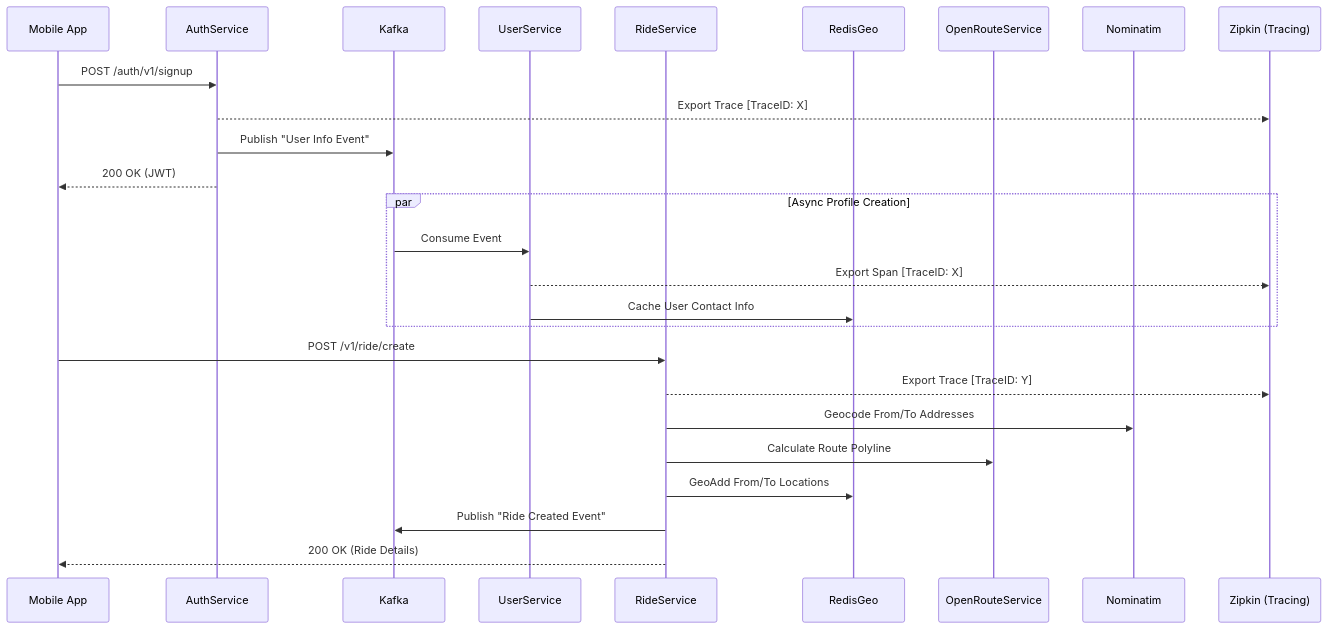
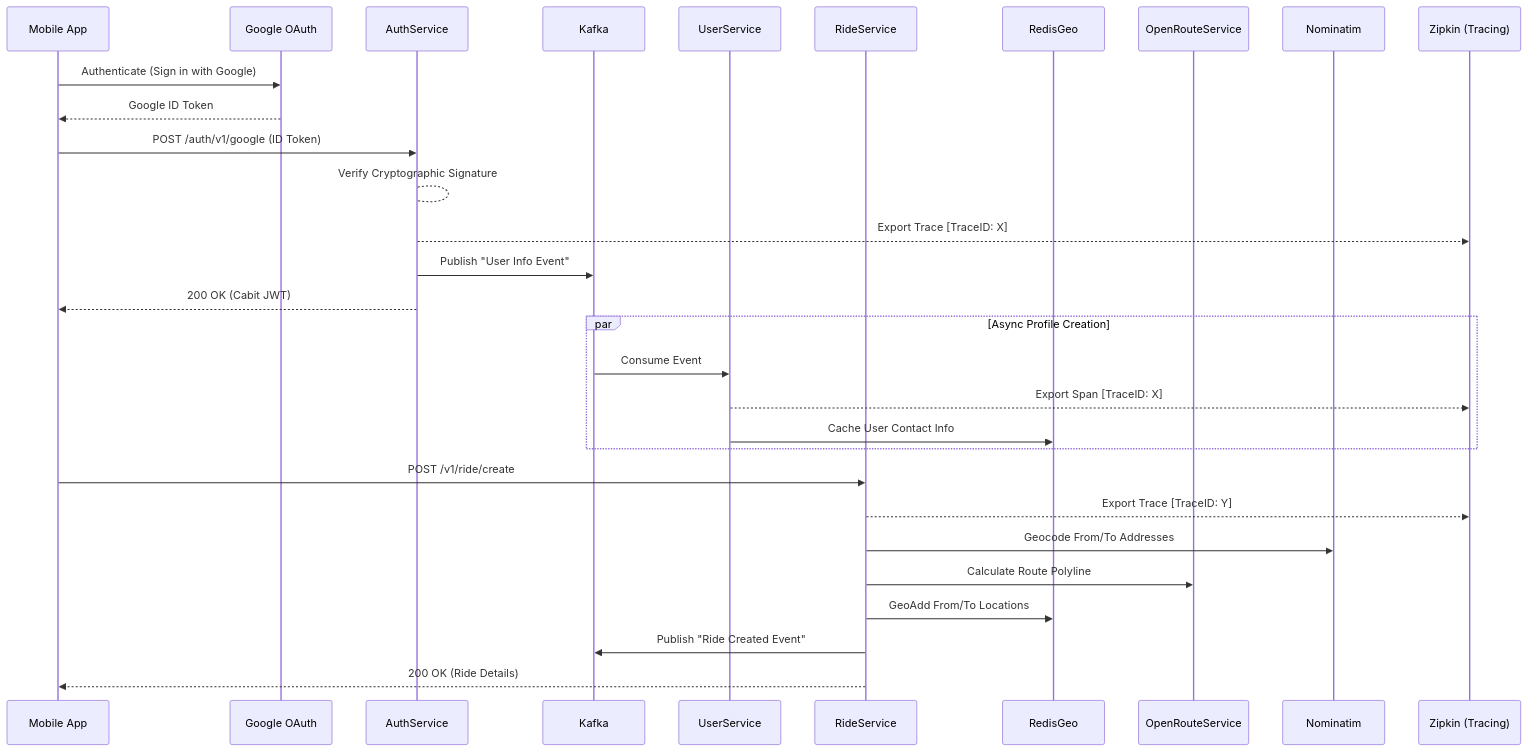
Before and after one commit to Arnav05-cyber/Cabit: the diagram in README.md, drawn with Mermaid. The commit also changed other lines of this file and 19 other files, not shown here.

Commit message:
feat: integrate Google OAuth2 and modernize UI

````diff
--- a/README.md
+++ b/README.md
@@ -9,31 +9,35 @@
 ```mermaid
 sequenceDiagram
     participant App as Mobile App
+    participant Google as Google OAuth
     participant AuthService
     participant Kafka
     participant UserService
     participant RideService
     participant RedisGeo
     participant ORS as OpenRouteService
     participant Nom as Nominatim
     participant Zipkin as Zipkin (Tracing)
 
-    App->>AuthService: POST /auth/v1/signup
+    App->>Google: Authenticate (Sign in with Google)
+    Google-->>App: Google ID Token
+    App->>AuthService: POST /auth/v1/google (ID Token)
+    AuthService-->AuthService: Verify Cryptographic Signature
     AuthService-->>Zipkin: Export Trace [TraceID: X]
     AuthService->>Kafka: Publish "User Info Event"
-    AuthService-->>App: 200 OK (JWT)
+    AuthService-->>App: 200 OK (Cabit JWT)
 
     par Async Profile Creation
         Kafka->>UserService: Consume Event
         UserService-->>Zipkin: Export Span [TraceID: X]
         UserService->>RedisGeo: Cache User Contact Info
     end
 
     App->>RideService: POST /v1/ride/create
     RideService-->>Zipkin: Export Trace [TraceID: Y]
     RideService->>Nom: Geocode From/To Addresses
     RideService->>ORS: Calculate Route Polyline
     RideService->>RedisGeo: GeoAdd From/To Locations
     RideService->>Kafka: Publish "Ride Created Event"
     RideService-->>App: 200 OK (Ride Details)
 ```
````
